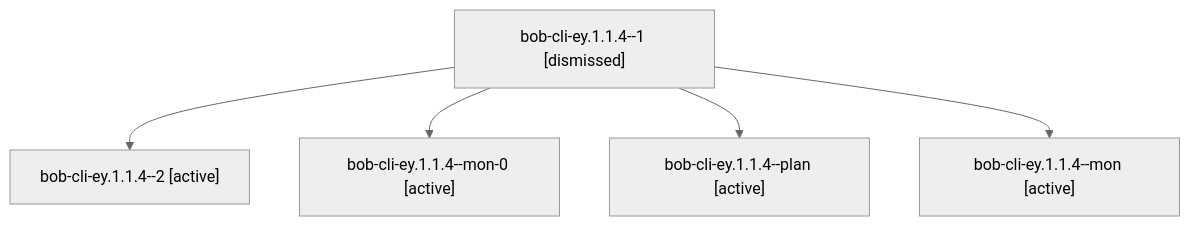
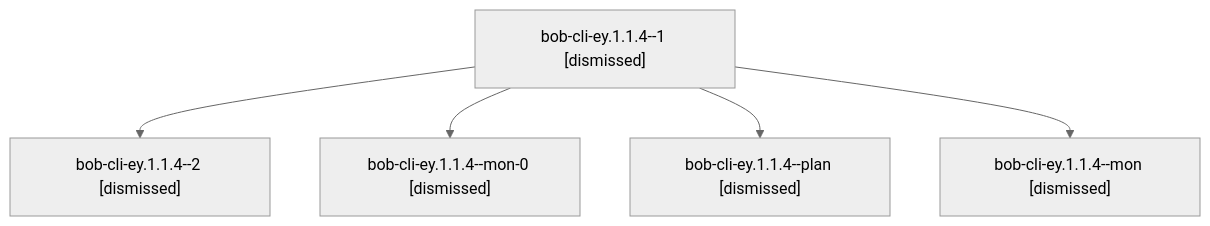
One commit to bobs-org/bob-cli--agents changed the diagram in sessions/bbugyi200.apollo.bob-cli-ey.1.1.4.md. Above: the diagram before and after it, drawn with Mermaid (neutral theme). The commit also changed other lines of this file and 240 other files, not shown here.

````diff
--- a/sessions/bbugyi200.apollo.bob-cli-ey.1.1.4.md
+++ b/sessions/bbugyi200.apollo.bob-cli-ey.1.1.4.md
@@ -9,12 +9,12 @@
 ```mermaid
 flowchart TD
   n0["bob-cli-ey.1.1.4--1 [dismissed]"]
-  n1["bob-cli-ey.1.1.4--2 [active]"]
+  n1["bob-cli-ey.1.1.4--2 [dismissed]"]
   n0 --> n1
-  n2["bob-cli-ey.1.1.4--mon-0 [active]"]
+  n2["bob-cli-ey.1.1.4--mon-0 [dismissed]"]
   n0 --> n2
-  n3["bob-cli-ey.1.1.4--plan [active]"]
+  n3["bob-cli-ey.1.1.4--plan [dismissed]"]
   n0 --> n3
-  n4["bob-cli-ey.1.1.4--mon [active]"]
+  n4["bob-cli-ey.1.1.4--mon [dismissed]"]
   n0 --> n4
 ```
````
